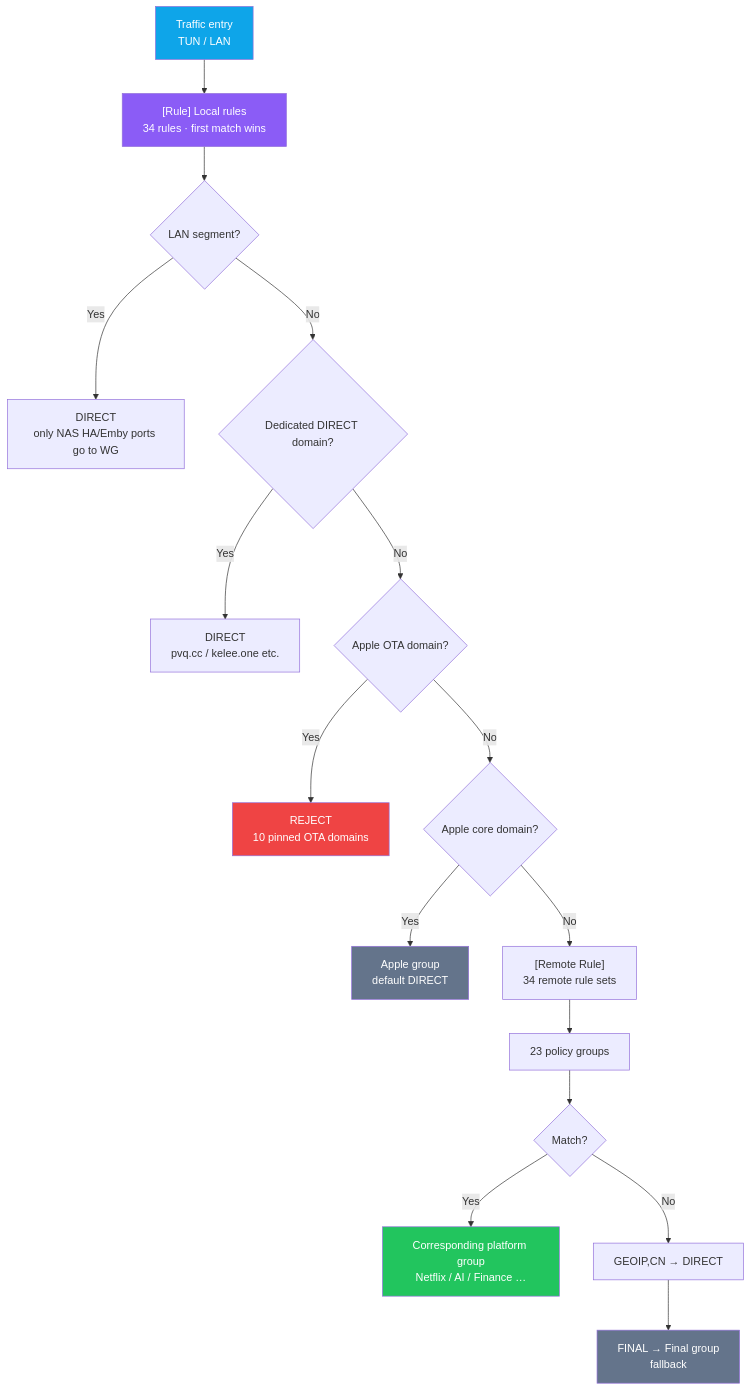
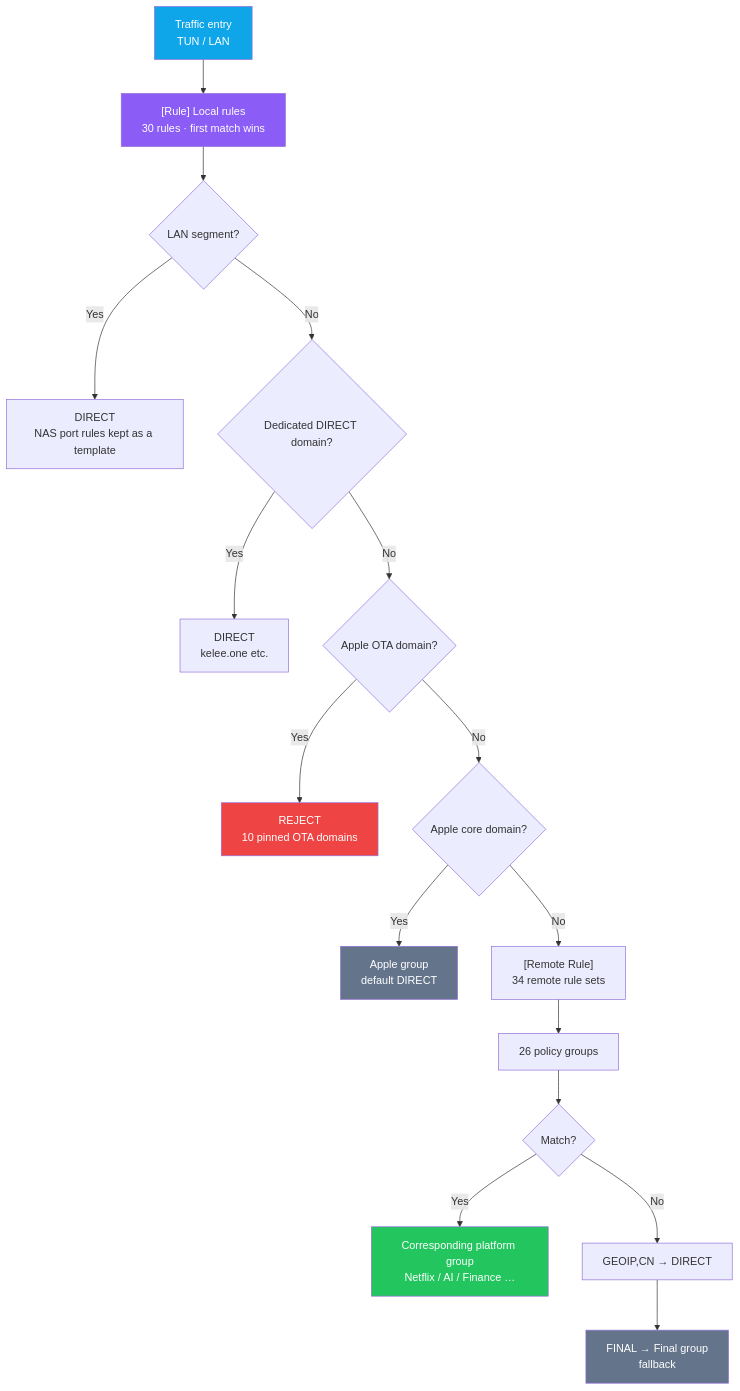
Before and after one commit to abobb414/loon-config: the first of 2 diagrams in README.en.md, drawn with Mermaid. The commit also changed other lines of this file and 6 other files, not shown here.

````diff
--- a/README.en.md
+++ b/README.en.md
@@ -74,25 +74,25 @@
 ```mermaid
 flowchart TD
-    A["Traffic entry<br/>TUN / LAN"] --> B["[Rule] Local rules<br/>34 rules · first match wins"]
+    A["Traffic entry<br/>TUN / LAN"] --> B["[Rule] Local rules<br/>30 rules · first match wins"]
     B --> C{"LAN segment?"}
-    C -->|"Yes"| D["DIRECT<br/>only NAS HA/Emby ports go to WG"]
+    C -->|"Yes"| D["DIRECT<br/>NAS port rules kept as a template"]
     C -->|"No"| E{"Dedicated DIRECT domain?"}
-    E -->|"Yes"| F["DIRECT<br/>pvq.cc / kelee.one etc."]
+    E -->|"Yes"| F["DIRECT<br/>kelee.one etc."]
     E -->|"No"| G{"Apple OTA domain?"}
     G -->|"Yes"| H["REJECT<br/>10 pinned OTA domains"]
     G -->|"No"| I{"Apple core domain?"}
     I -->|"Yes"| J["Apple group<br/>default DIRECT"]
     I -->|"No"| K["[Remote Rule]<br/>34 remote rule sets"]
-    K --> L["23 policy groups"]
+    K --> L["26 policy groups"]
     L --> M{"Match?"}
     M -->|"Yes"| N["Corresponding platform group<br/>Netflix / AI / Finance …"]
     M -->|"No"| O["GEOIP,CN → DIRECT"]
     O --> P["FINAL → Final group<br/>fallback"]
 
     style A fill:#0ea5e9,color:#fff
     style B fill:#8b5cf6,color:#fff
     style H fill:#ef4444,color:#fff
     style J fill:#64748b,color:#fff
     style N fill:#22c55e,color:#fff
     style P fill:#64748b,color:#fff
 ```
````
